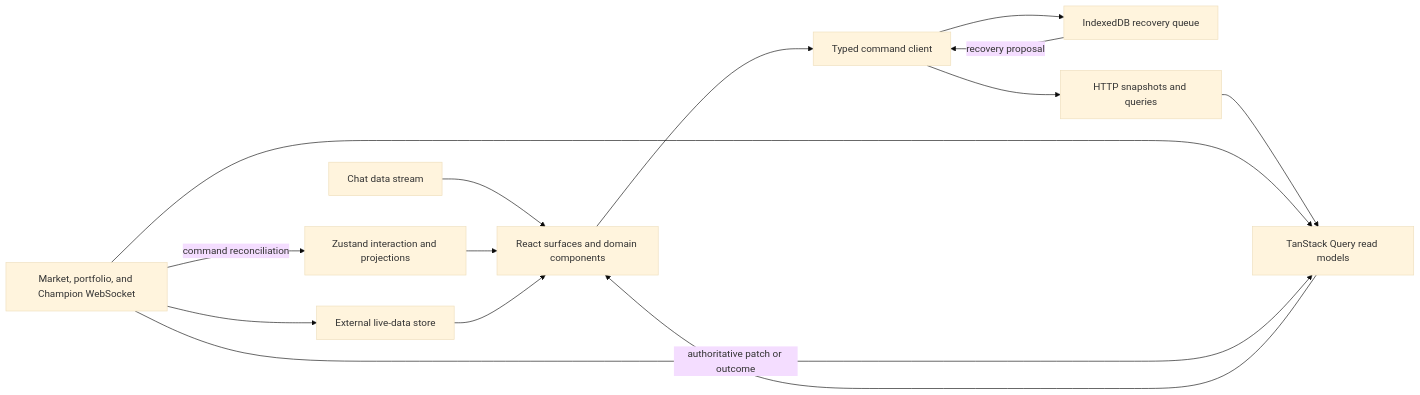
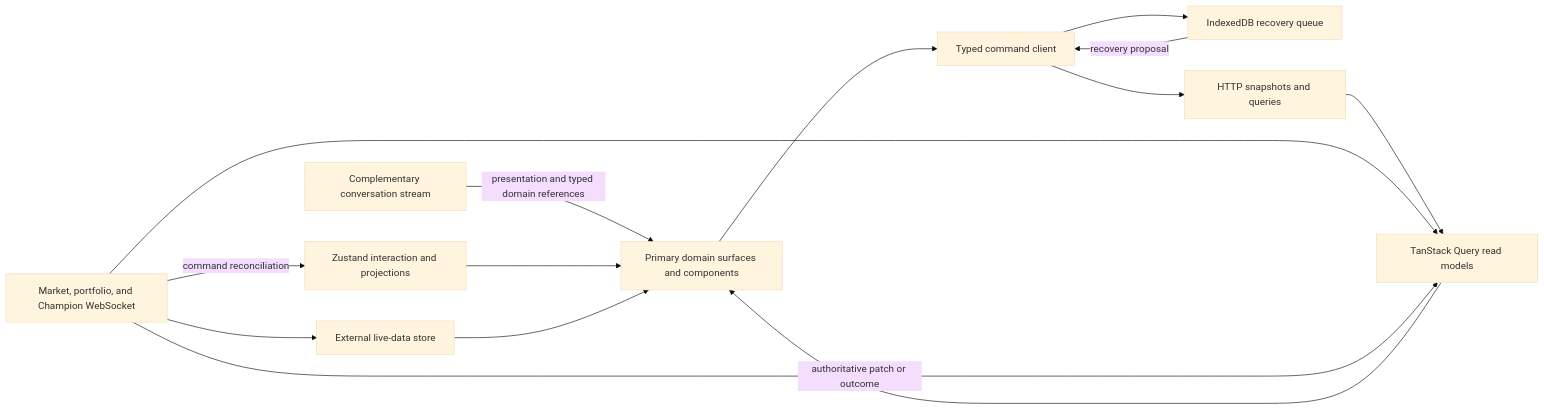
One commit to moosefroggo/vantheon-architecture changed the first of 2 diagrams in docs/frontend-architecture.md. Above: the diagram before and after it, drawn with Mermaid (base theme). The commit also changed other lines of this file and 10 other files, not shown here.

````diff
--- a/docs/frontend-architecture.md
+++ b/docs/frontend-architecture.md
@@ -49,26 +50,26 @@
 ```mermaid
 flowchart LR
-    UI["React surfaces and domain components"]
+    UI["Primary domain surfaces and components"]
     Q["TanStack Query read models"]
     Z["Zustand interaction and projections"]
     X["External live-data store"]
     IDB["IndexedDB recovery queue"]
     CMD["Typed command client"]
-    CHAT["Chat data stream"]
+    CHAT["Complementary conversation stream"]
     WS["Market, portfolio, and Champion WebSocket"]
     HTTP["HTTP snapshots and queries"]
 
     HTTP --> Q
     WS --> Q
     WS --> X
-    CHAT --> UI
+    CHAT -->|"presentation and typed domain references"| UI
     Q --> UI
     Z --> UI
     X --> UI
     UI --> CMD
     CMD --> IDB
     CMD --> HTTP
     WS -->|"authoritative patch or outcome"| Q
     WS -->|"command reconciliation"| Z
     IDB -->|"recovery proposal"| CMD
 ```
````
